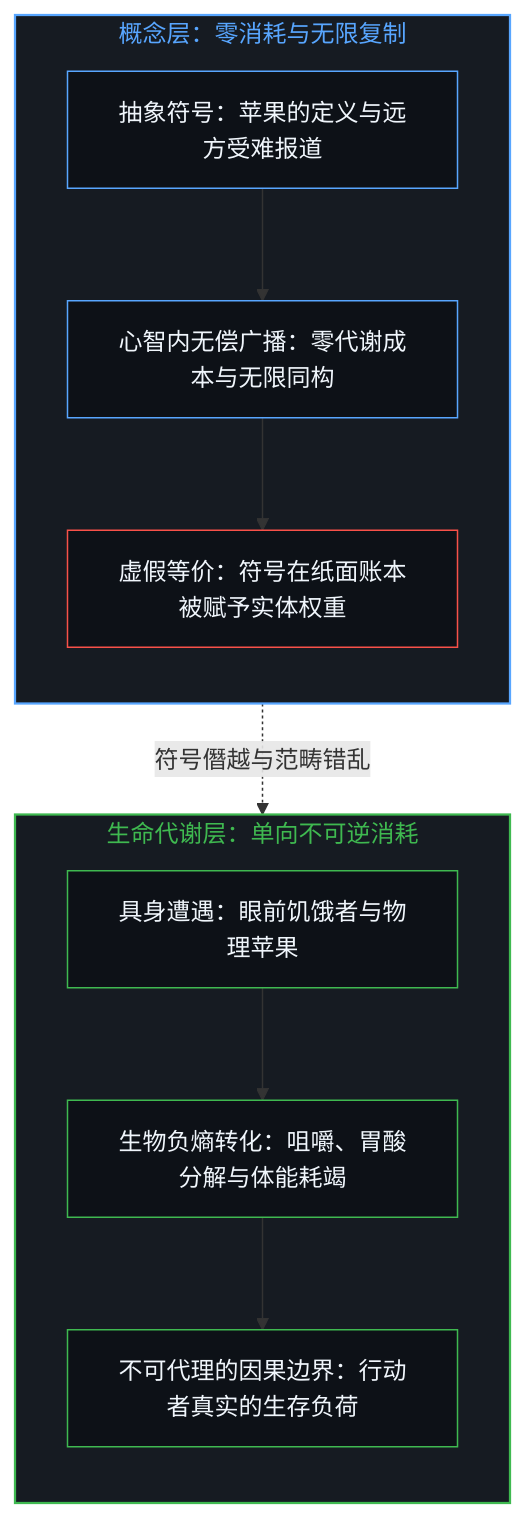
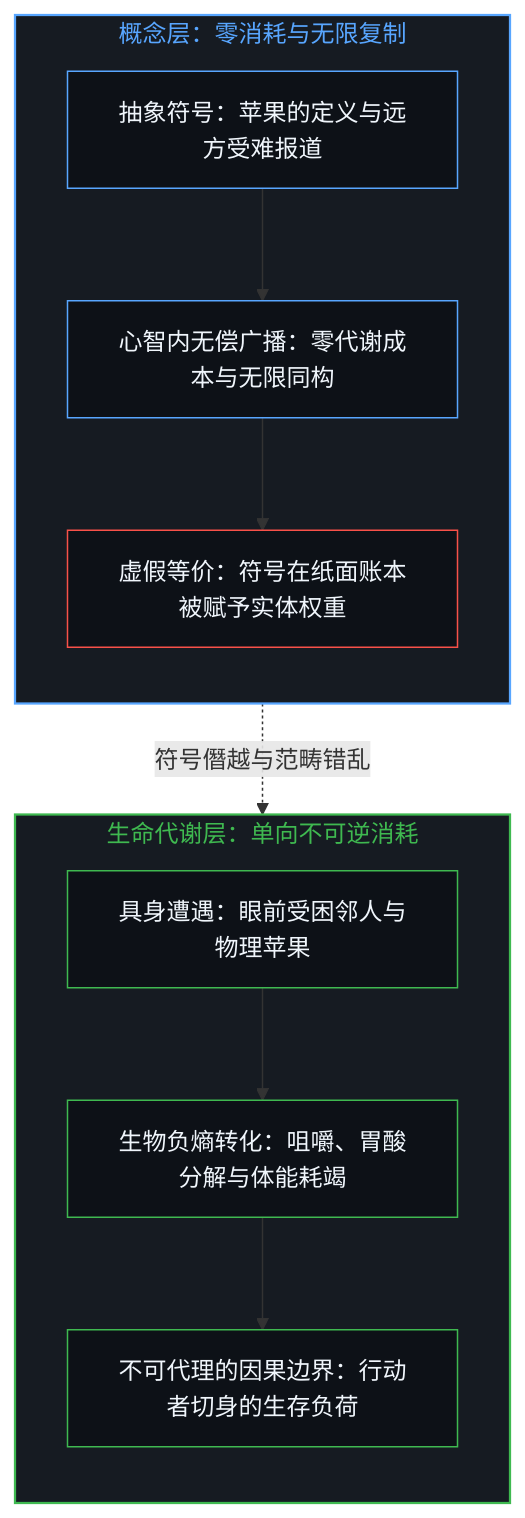
The first of 8 diagrams in content/posts/abstract-pain-and-living-hunger.md (powerpig99/not-a-toe), drawn with Mermaid before and after one commit. The commit also changed other lines of this file and 7 other files, not shown here.

````diff
--- a/content/posts/abstract-pain-and-living-hunger.md
+++ b/content/posts/abstract-pain-and-living-hunger.md
@@ -17,26 +17,26 @@
 ```mermaid
 flowchart TD
     subgraph S_Concept["概念层：零消耗与无限复制"]
         direction TB
         C1["抽象符号：苹果的定义与远方受难报道"]
         C2["心智内无偿广播：零代谢成本与无限同构"]
         C3["虚假等价：符号在纸面账本被赋予实体权重"]
     end
     subgraph S_Metabolism["生命代谢层：单向不可逆消耗"]
         direction TB
-        M1["具身遭遇：眼前饥饿者与物理苹果"]
+        M1["具身遭遇：眼前受困邻人与物理苹果"]
         M2["生物负熵转化：咀嚼、胃酸分解与体能耗竭"]
-        M3["不可代理的因果边界：行动者真实的生存负荷"]
+        M3["不可代理的因果边界：行动者切身的生存负荷"]
     end
     C1 --> C2 --> C3
     M1 --> M2 --> M3
     C3 -. "符号僭越与范畴错乱" .-> M3
     style S_Concept fill:#161b22,stroke:#58a6ff,stroke-width:1.5px,color:#58a6ff
     style S_Metabolism fill:#161b22,stroke:#3fb950,stroke-width:1.5px,color:#3fb950
     style C1 fill:#0d1117,stroke:#58a6ff,stroke-width:1px,color:#f0f6fc
     style C2 fill:#0d1117,stroke:#58a6ff,stroke-width:1px,color:#f0f6fc
     style C3 fill:#0d1117,stroke:#f85149,stroke-width:1px,color:#f0f6fc
     style M1 fill:#0d1117,stroke:#3fb950,stroke-width:1px,color:#f0f6fc
     style M2 fill:#0d1117,stroke:#3fb950,stroke-width:1px,color:#f0f6fc
     style M3 fill:#0d1117,stroke:#3fb950,stroke-width:1px,color:#f0f6fc
 ```
````
